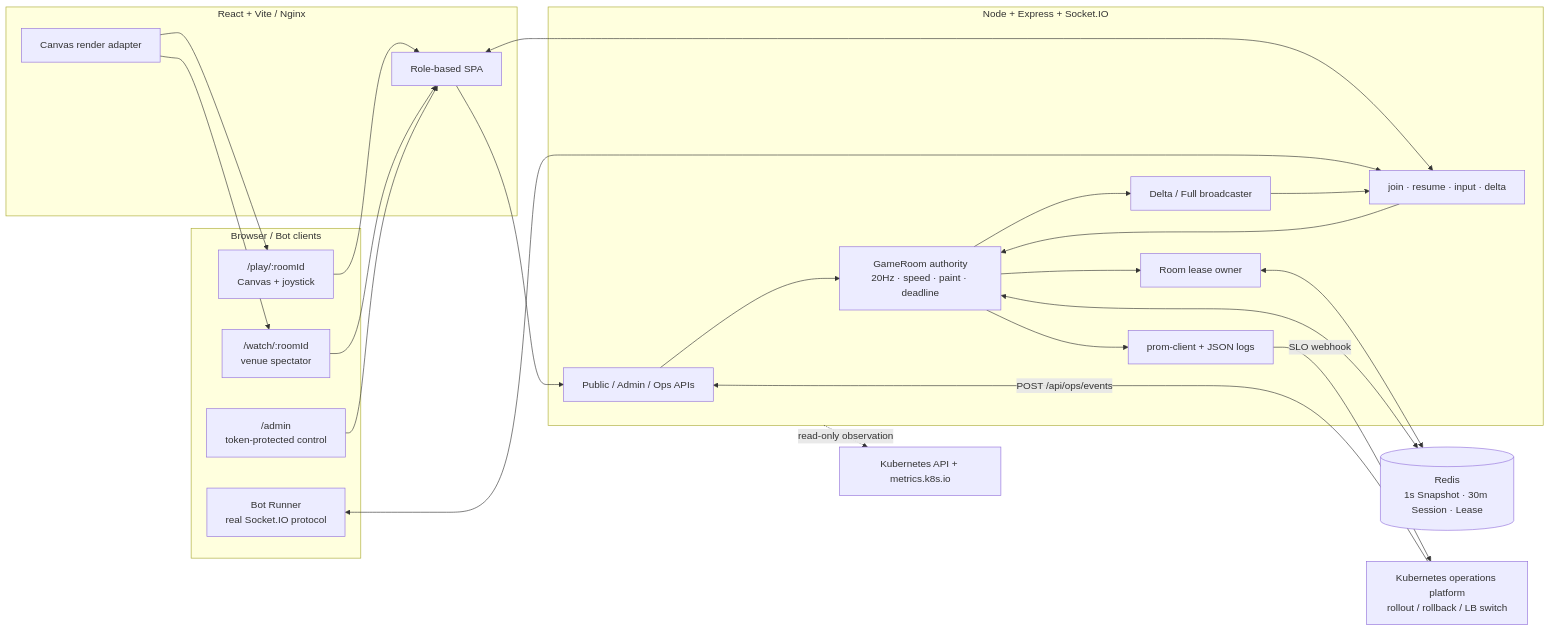
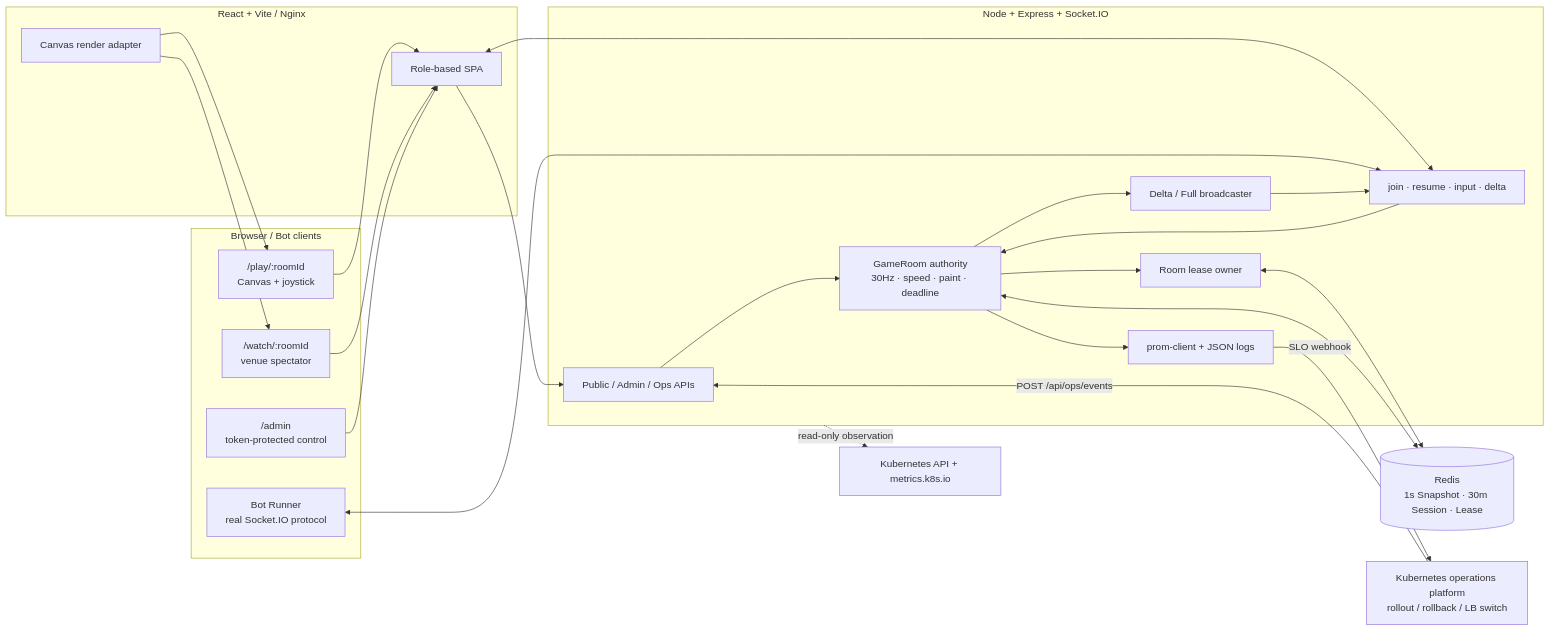
One commit to Jungle-303-04/COLOR-TURF-ARENA changed the first of 3 diagrams in docs/architecture.md. Above: the diagram before and after it, drawn with Mermaid. The commit also changed other lines of this file and 12 other files, not shown here.

````diff
--- a/docs/architecture.md
+++ b/docs/architecture.md
@@ -5,47 +5,47 @@
 ```mermaid
 flowchart LR
     subgraph Clients["Browser / Bot clients"]
         Player["/play/:roomId\nCanvas + joystick"]
         Watch["/watch/:roomId\nvenue spectator"]
         Admin["/admin\ntoken-protected control"]
         Bot["Bot Runner\nreal Socket.IO protocol"]
     end
 
     subgraph Web["React + Vite / Nginx"]
         SPA["Role-based SPA"]
         Renderer["Canvas render adapter"]
     end
 
     subgraph Server["Node + Express + Socket.IO"]
         REST["Public / Admin / Ops APIs"]
         Socket["join · resume · input · delta"]
-        Engine["GameRoom authority\n20Hz · speed · paint · deadline"]
+        Engine["GameRoom authority\n30Hz · speed · paint · deadline"]
         Broadcaster["Delta / Full broadcaster"]
         Metrics["prom-client + JSON logs"]
         Lease["Room lease owner"]
     end
 
     Redis[("Redis\n1s Snapshot · 30m Session · Lease")]
     Platform["Kubernetes operations platform\nrollout / rollback / LB switch"]
     Kube["Kubernetes API + metrics.k8s.io"]
 
     Player --> SPA
     Watch --> SPA
     Admin --> SPA
     SPA --> REST
     SPA <--> Socket
     Bot <--> Socket
     Renderer --> Player
     Renderer --> Watch
     Socket --> Engine
     REST --> Engine
     Engine --> Broadcaster
     Broadcaster --> Socket
     Engine --> Metrics
     Engine --> Lease
     Lease <--> Redis
     Engine <--> Redis
     Platform -->|"POST /api/ops/events"| REST
     Metrics -->|"SLO webhook"| Platform
     Server -. "read-only observation" .-> Kube
 ```
````
